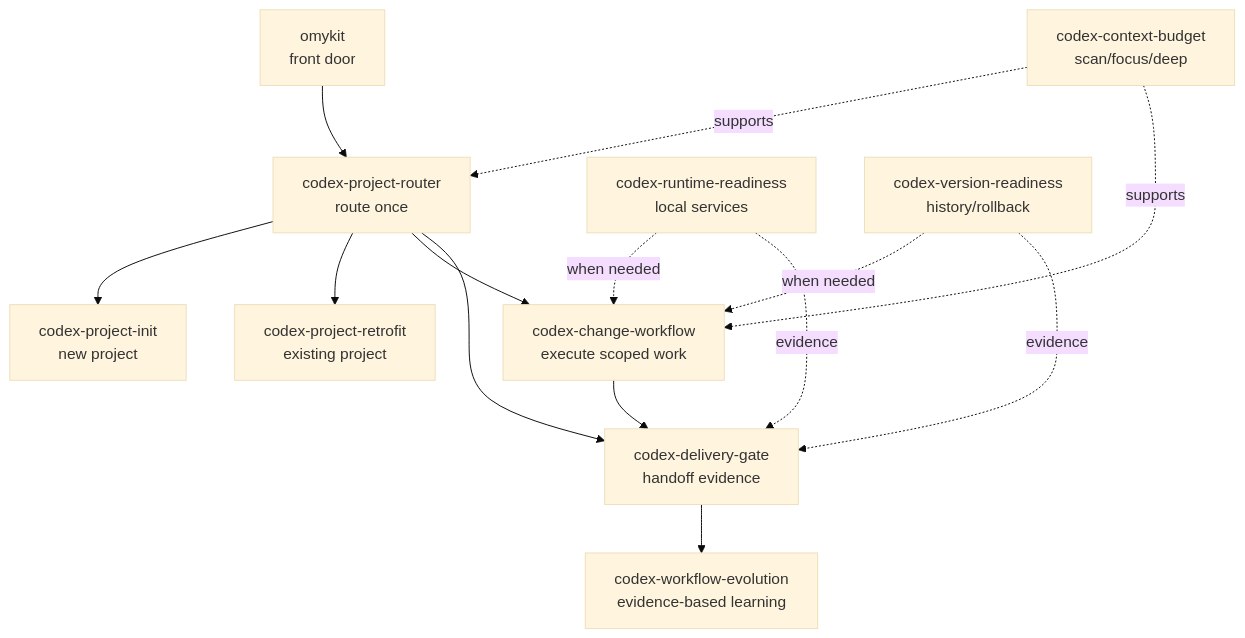
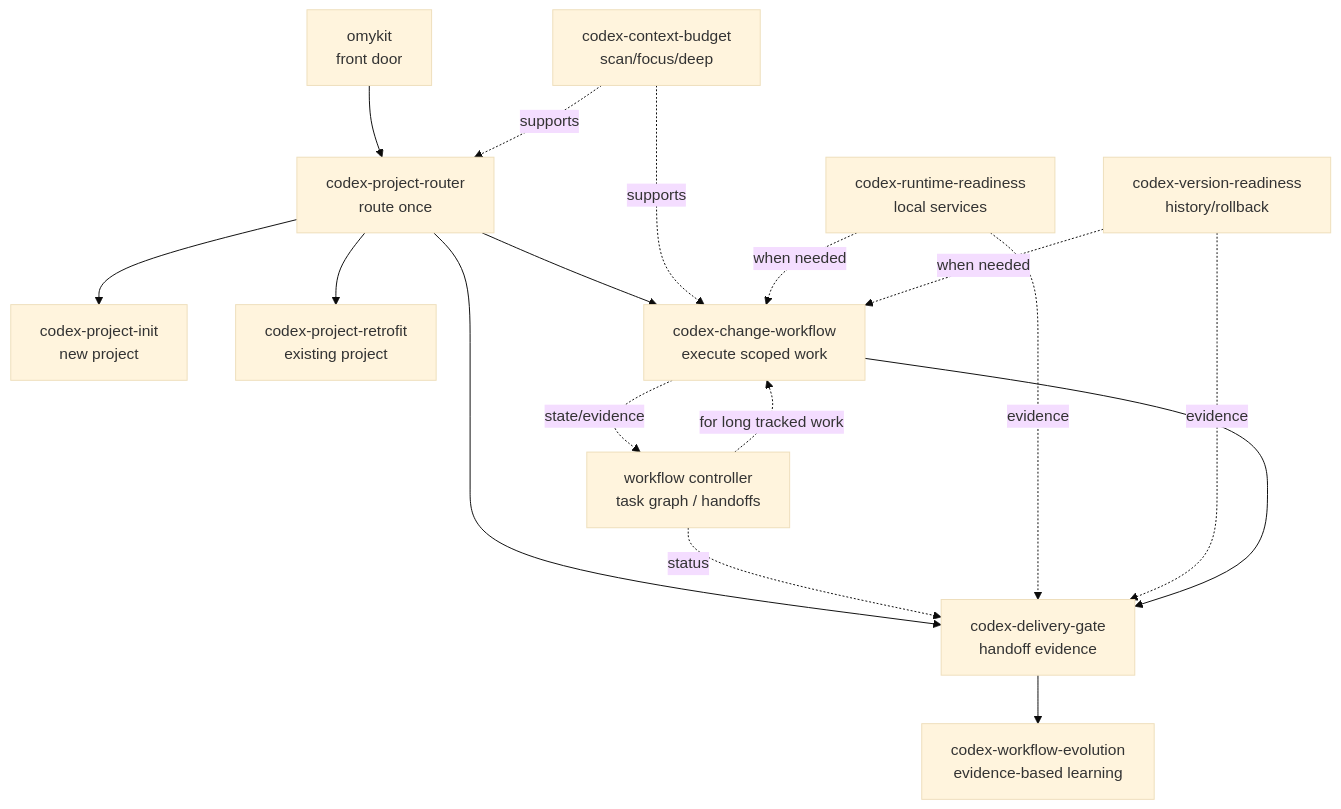
One commit to GnosiST/omyKit changed the diagram in docs/workflow/skill-coordination.md. Above: the diagram before and after it, drawn with Mermaid (base theme). The commit also changed other lines of this file and 39 other files, not shown here.

Commit message:
Add workflow controller

````diff
--- a/docs/workflow/skill-coordination.md
+++ b/docs/workflow/skill-coordination.md
@@ -17,16 +17,19 @@
 ```mermaid
 flowchart TD
     O["omykit<br/>front door"] --> R["codex-project-router<br/>route once"]
     R --> I["codex-project-init<br/>new project"]
     R --> F["codex-project-retrofit<br/>existing project"]
     R --> C["codex-change-workflow<br/>execute scoped work"]
     R --> D["codex-delivery-gate<br/>handoff evidence"]
     B["codex-context-budget<br/>scan/focus/deep"] -. supports .-> R
     B -. supports .-> C
     U["codex-runtime-readiness<br/>local services"] -. when needed .-> C
     V["codex-version-readiness<br/>history/rollback"] -. when needed .-> C
+    K["workflow controller<br/>task graph / handoffs"] -. for long tracked work .-> C
+    C -. state/evidence .-> K
+    K -. status .-> D
     U -. evidence .-> D
     V -. evidence .-> D
     C --> D
     D --> E["codex-workflow-evolution<br/>evidence-based learning"]
 ```
````
